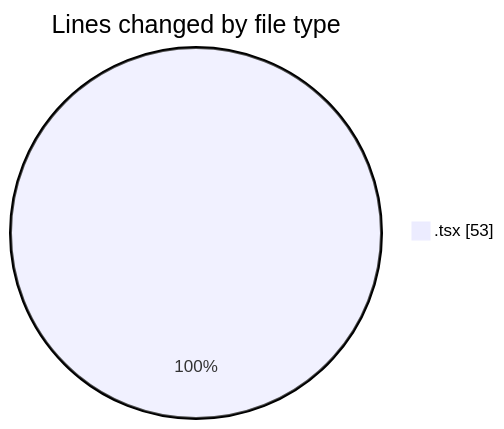
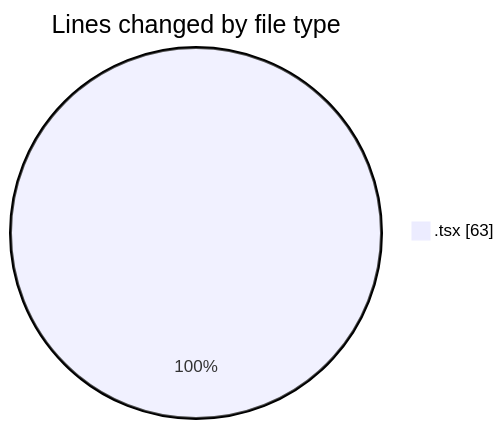
Before and after one commit to robertbonfada/code-tracking: the first of 2 diagrams in 2025-02-07/mbc-web/README.md, drawn with Mermaid. The commit also changed other lines of this file and 1 other file, not shown here.

````diff
--- a/2025-02-07/mbc-web/README.md
+++ b/2025-02-07/mbc-web/README.md
@@ -22,5 +23,5 @@
 ```mermaid
 pie showData
 title Lines changed by file type
-".tsx" : 53
+".tsx" : 63
 ```
````
